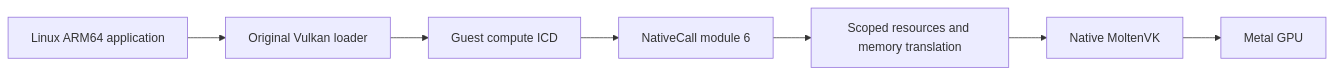
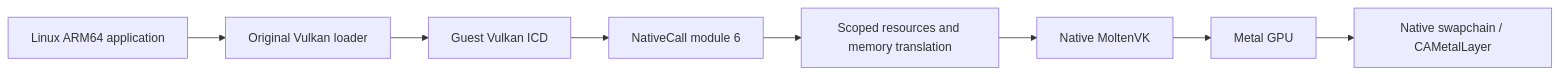
The diagram in docs/architecture/vulkan-compute.md (kb5000/trames), drawn with Mermaid before and after one commit. The commit also changed other lines of this file and 27 other files, not shown here.

Commit message:
Present standard guest Vulkan swapchains in a movable native Metal window

````diff
--- a/docs/architecture/vulkan-compute.md
+++ b/docs/architecture/vulkan-compute.md
@@ -14,9 +15,10 @@
 ```mermaid
 flowchart LR
     A[Linux ARM64 application] --> L[Original Vulkan loader]
-    L --> I[Guest compute ICD]
+    L --> I[Guest Vulkan ICD]
     I --> N[NativeCall module 6]
     N --> R[Scoped resources and memory translation]
     R --> M[Native MoltenVK]
     M --> G[Metal GPU]
+    G --> W[Native swapchain / CAMetalLayer]
 ```
````
